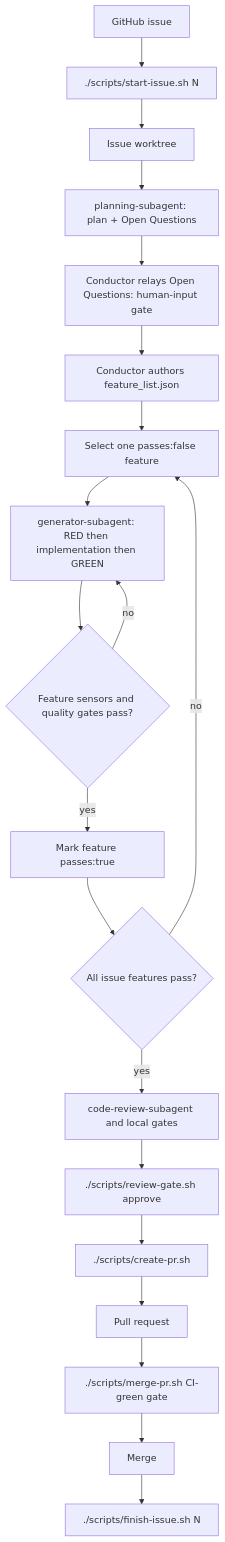
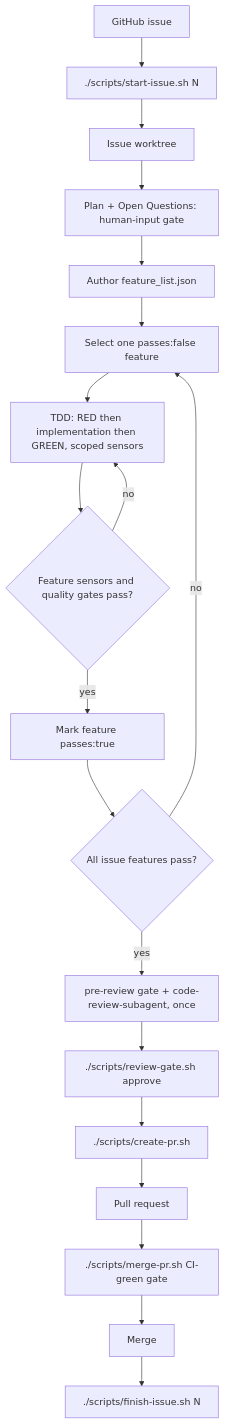
One commit to weijen/agent-delivery-harness changed the diagram in docs/HARNESS.md. Above: the diagram before and after it, drawn with Mermaid. The commit also changed other lines of this file and 6 other files, not shown here.

````diff
--- a/docs/HARNESS.md
+++ b/docs/HARNESS.md
@@ -78,22 +78,21 @@
 ```mermaid
 flowchart TD
   A[GitHub issue] --> B[./scripts/start-issue.sh N]
   B --> C[Issue worktree]
-  C --> PL[planning-subagent: plan + Open Questions]
-  PL --> HG[Conductor relays Open Questions: human-input gate]
-  HG --> D[Conductor authors feature_list.json]
+  C --> HG[Plan + Open Questions: human-input gate]
+  HG --> D[Author feature_list.json]
   D --> E[Select one passes:false feature]
-  E --> F[generator-subagent: RED then implementation then GREEN]
+  E --> F[TDD: RED then implementation then GREEN, scoped sensors]
   F --> H{Feature sensors and quality gates pass?}
   H -- no --> F
   H -- yes --> I[Mark feature passes:true]
   I --> J{All issue features pass?}
   J -- no --> E
-  J -- yes --> K[code-review-subagent and local gates]
+  J -- yes --> K[pre-review gate + code-review-subagent, once]
   K --> L[./scripts/review-gate.sh approve]
   L --> M[./scripts/create-pr.sh]
   M --> N[Pull request]
   N --> Q[./scripts/merge-pr.sh CI-green gate]
   Q --> O[Merge]
   O --> P[./scripts/finish-issue.sh N]
 ```
````
